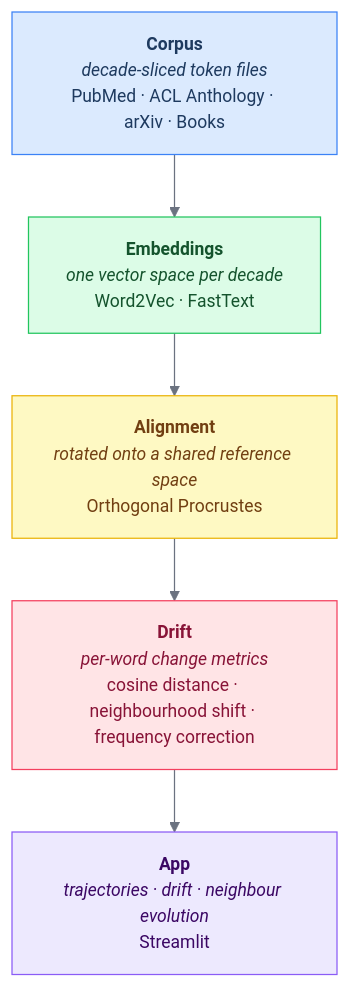
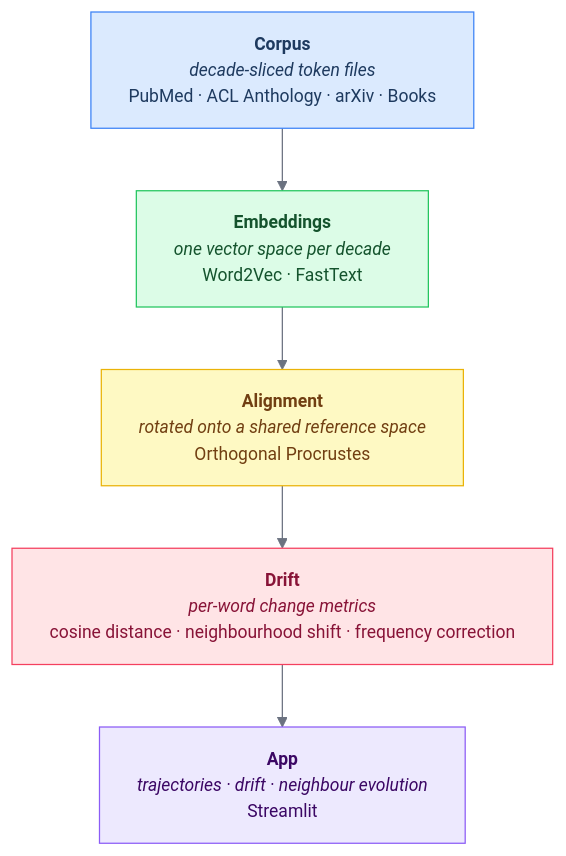
One commit to Dovalization/interpretant changed the diagram in README.md. Above: the diagram before and after it, drawn with Mermaid.

Commit message:
docs(readme): use non-breaking spaces to prevent mermaid node text wrapping

````diff
--- a/README.md
+++ b/README.md
@@ -46,17 +46,17 @@
 ```mermaid
 %%{init: {'theme': 'base', 'themeVariables': {'fontSize': '14px', 'lineColor': '#6b7280'}}}%%
 flowchart TD
     classDef corpus fill:#dbeafe,stroke:#3b82f6,color:#1e3a5f
     classDef embed  fill:#dcfce7,stroke:#22c55e,color:#14532d
     classDef align  fill:#fef9c3,stroke:#eab308,color:#713f12
     classDef drift  fill:#ffe4e6,stroke:#f43f5e,color:#881337
     classDef app    fill:#ede9fe,stroke:#8b5cf6,color:#3b0764
 
-    C["<b>Corpus</b><br/><i>decade-sliced token files</i><br/>PubMed · ACL Anthology · arXiv · Books"]:::corpus
-    E["<b>Embeddings</b><br/><i>one vector space per decade</i><br/>Word2Vec · FastText"]:::embed
-    A["<b>Alignment</b><br/><i>rotated onto a shared reference space</i><br/>Orthogonal Procrustes"]:::align
-    D["<b>Drift</b><br/><i>per-word change metrics</i><br/>cosine distance · neighbourhood shift · frequency correction"]:::drift
-    P["<b>App</b><br/><i>trajectories · drift · neighbour evolution</i><br/>Streamlit"]:::app
+    C["<b>Corpus</b><br/><i>decade-sliced&nbsp;token&nbsp;files</i><br/>PubMed&nbsp;·&nbsp;ACL&nbsp;Anthology&nbsp;·&nbsp;arXiv&nbsp;·&nbsp;Books"]:::corpus
+    E["<b>Embeddings</b><br/><i>one&nbsp;vector&nbsp;space&nbsp;per&nbsp;decade</i><br/>Word2Vec&nbsp;·&nbsp;FastText"]:::embed
+    A["<b>Alignment</b><br/><i>rotated&nbsp;onto&nbsp;a&nbsp;shared&nbsp;reference&nbsp;space</i><br/>Orthogonal&nbsp;Procrustes"]:::align
+    D["<b>Drift</b><br/><i>per-word&nbsp;change&nbsp;metrics</i><br/>cosine&nbsp;distance&nbsp;·&nbsp;neighbourhood&nbsp;shift&nbsp;·&nbsp;frequency&nbsp;correction"]:::drift
+    P["<b>App</b><br/><i>trajectories&nbsp;·&nbsp;drift&nbsp;·&nbsp;neighbour&nbsp;evolution</i><br/>Streamlit"]:::app
 
     C --> E --> A --> D --> P
 ```
````
